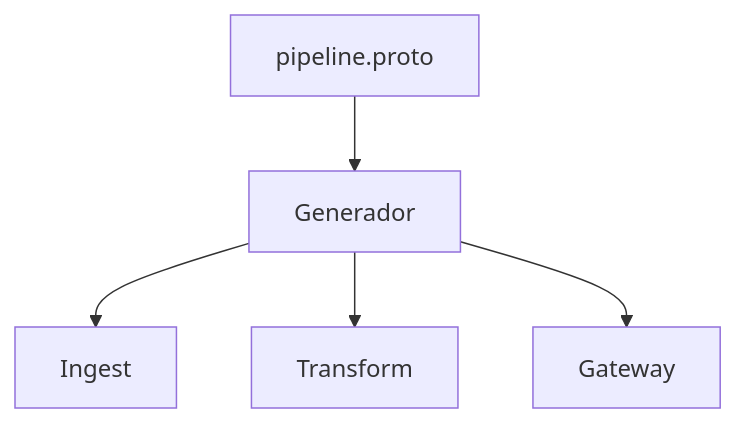
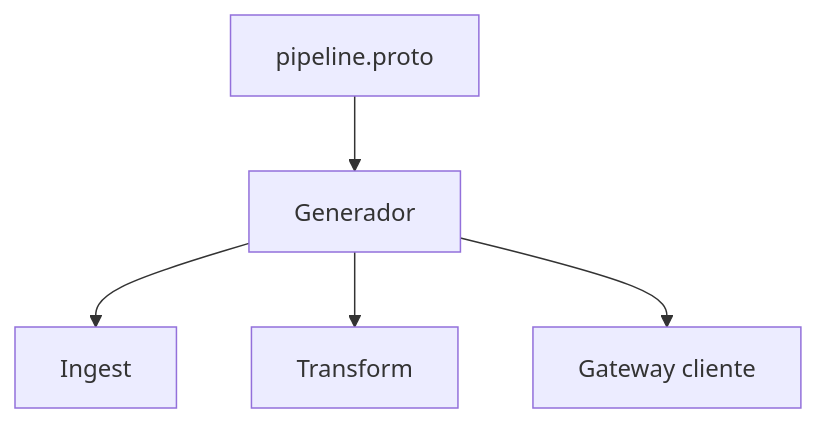
The second of 7 diagrams in presentation/grpc-intro.qmd (cccg8105/cccg_grpc_demo), drawn with Mermaid before and after one commit. The commit also changed other lines of this file and 46 other files, not shown here.

````diff
--- a/presentation/grpc-intro.qmd
+++ b/presentation/grpc-intro.qmd
@@ -107,8 +107,8 @@
 ```{mermaid}
 flowchart TB
   Proto["pipeline.proto"]
   Proto --> Gen[Generador]
   Gen --> SvcA[Ingest]
   Gen --> SvcB[Transform]
-  Gen --> SvcC[Gateway]
+  Gen --> SvcC[Gateway cliente]
 ```
````
